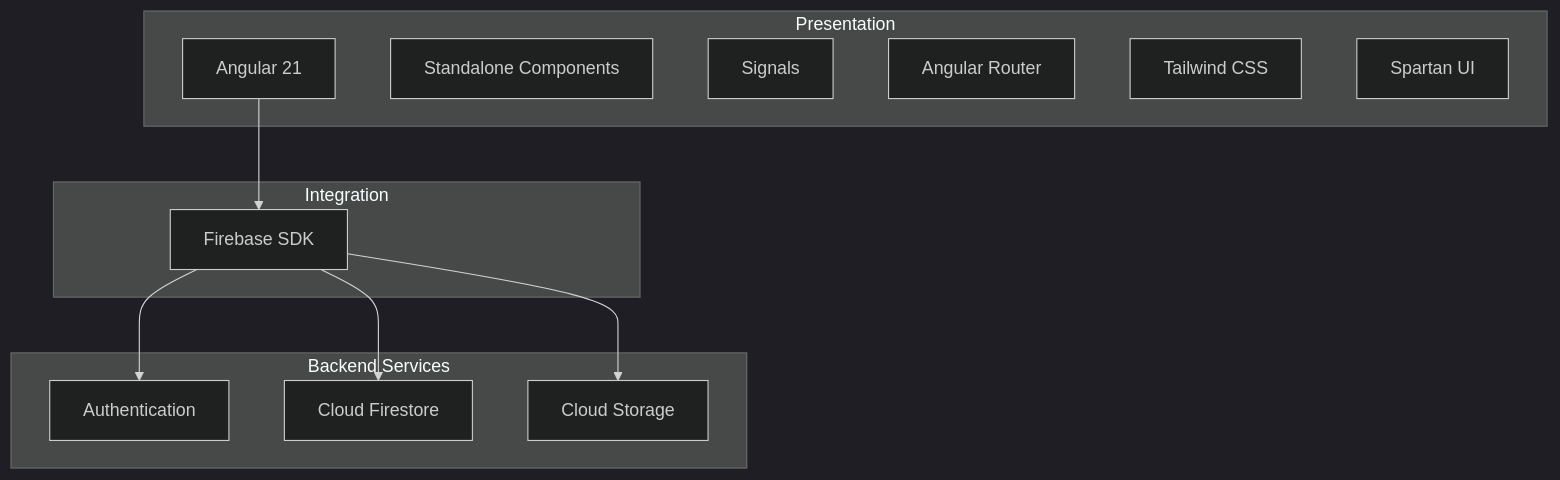
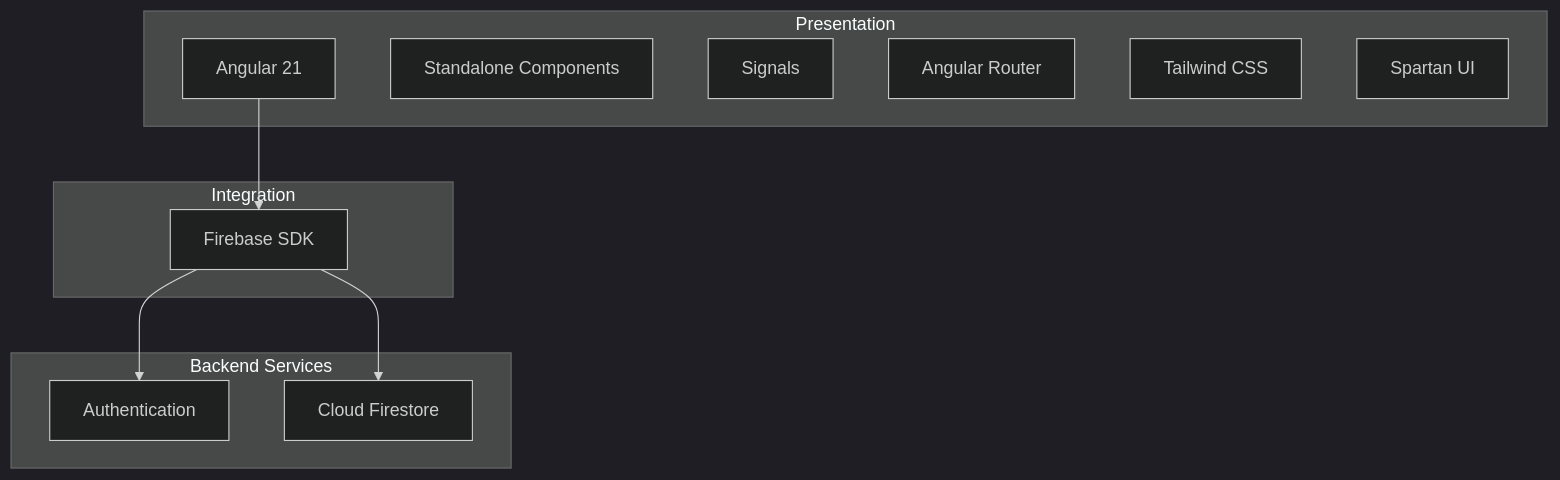
One commit to johnisonLima/firebase-starter changed the first of 7 diagrams in docs/Architecture-v1.0.md. Above: the diagram before and after it, drawn with Mermaid (dark theme). The commit also changed other lines of this file, not shown here.

````diff
--- a/docs/Architecture-v1.0.md
+++ b/docs/Architecture-v1.0.md
@@ -193,28 +191,26 @@
 ```mermaid
 flowchart TB
 
     subgraph Presentation["Presentation"]
         Angular["Angular 21"]
         Standalone["Standalone Components"]
         Signals["Signals"]
         Router["Angular Router"]
         Tailwind["Tailwind CSS"]
         Spartan["Spartan UI"]
     end
 
     subgraph Integration["Integration"]
         SDK["Firebase SDK"]
     end
 
     subgraph Backend["Backend Services"]
         Auth["Authentication"]
         Firestore["Cloud Firestore"]
-        Storage["Cloud Storage"]
     end
 
     Angular --> SDK
 
     SDK --> Auth
     SDK --> Firestore
-    SDK --> Storage
 ```
````
